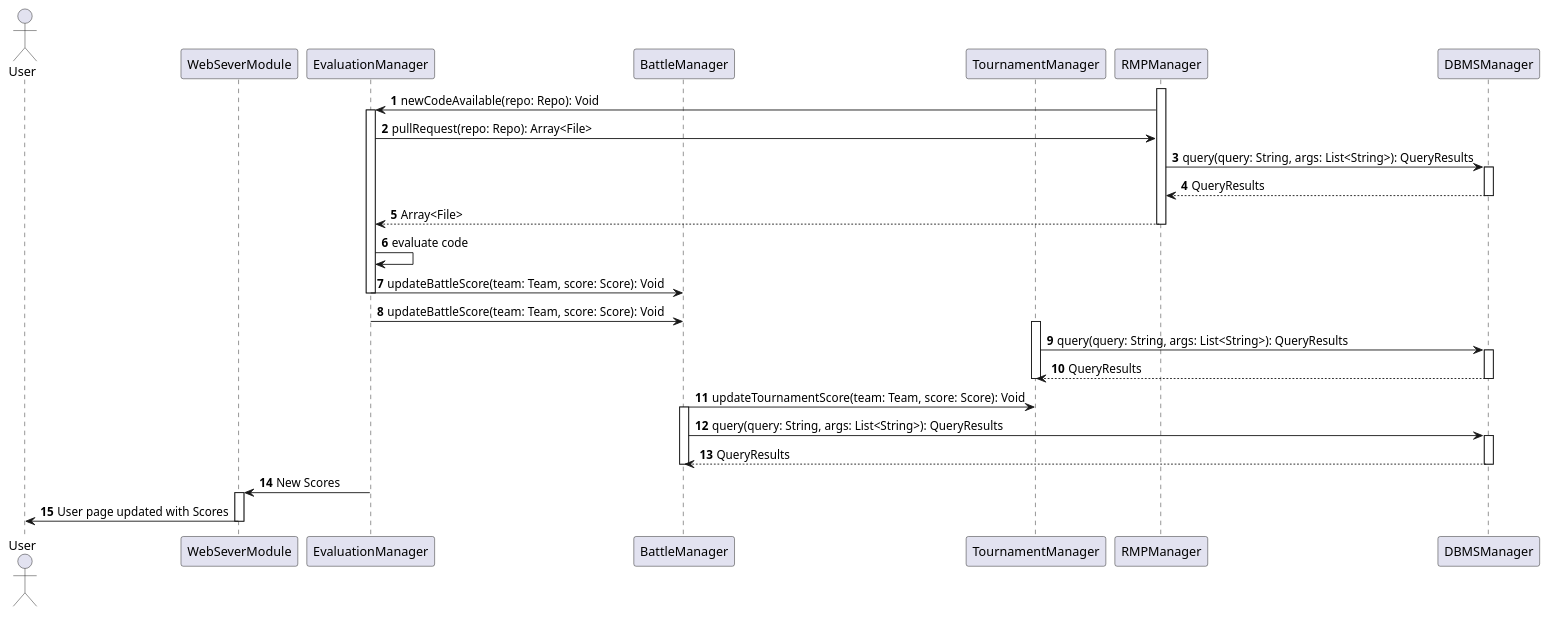
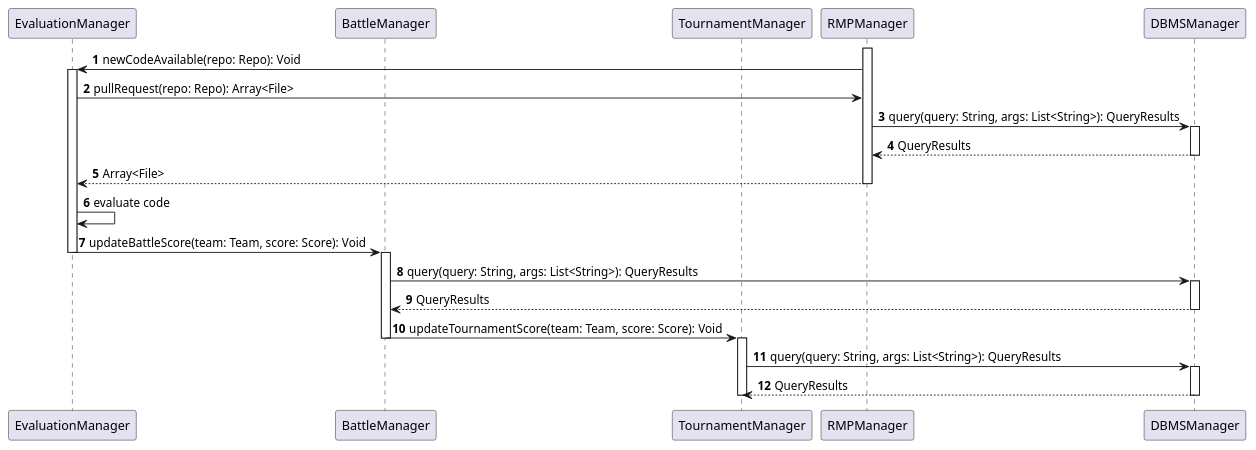
One commit to Angelo7672/SE2_Requirement-and-Design-Document changed the diagram in _DD/Images/sequenceDiagrams/evaluateCode.wsd. Above: the diagram before and after it, drawn with PlantUML. The commit also changed 1 other file, not shown here.

Commit message:
sequence fix

```diff
--- a/_DD/Images/sequenceDiagrams/evaluateCode.wsd
+++ b/_DD/Images/sequenceDiagrams/evaluateCode.wsd
@@ -1,47 +1,39 @@
 @startuml
 
 autonumber
 
-actor User as U
-participant WebSeverModule as WS
 participant EvaluationManager as EM
 participant BattleManager as BM
 participant TournamentManager as TM
 participant RMPManager as RMP
 participant DBMSManager as DBMS
 
-'query di tournament e battle e RMP, WS mostra i risultati
 
 activate RMP
 RMP -> EM: newCodeAvailable(repo: Repo): Void
 activate EM
 EM -> RMP: pullRequest(repo: Repo): Array<File>
 RMP->DBMS: query(query: String, args: List<String>): QueryResults
 activate DBMS
 DBMS-->RMP: QueryResults
 deactivate DBMS
 RMP --> EM: Array<File>
 deactivate RMP
 EM -> EM: evaluate code
 EM -> BM: updateBattleScore(team: Team, score: Score): Void
 deactivate EM
-EM -> BM: updateBattleScore(team: Team, score: Score): Void
+activate BM
+BM->DBMS: query(query: String, args: List<String>): QueryResults
+activate DBMS
+DBMS-->BM: QueryResults
+deactivate DBMS
+BM -> TM: updateTournamentScore(team: Team, score: Score): Void
+deactivate BM
 activate TM
 TM->DBMS: query(query: String, args: List<String>): QueryResults
 activate DBMS
 DBMS-->TM: QueryResults
 deactivate DBMS
 deactivate TM
-BM -> TM: updateTournamentScore(team: Team, score: Score): Void
-activate BM
-BM->DBMS: query(query: String, args: List<String>): QueryResults
-activate DBMS
-DBMS-->BM: QueryResults
-deactivate DBMS
-deactivate BM
-EM->WS: New Scores
-activate WS
-WS->U: User page updated with Scores
-deactivate WS
-deactivate EM
+
 @enduml
```
